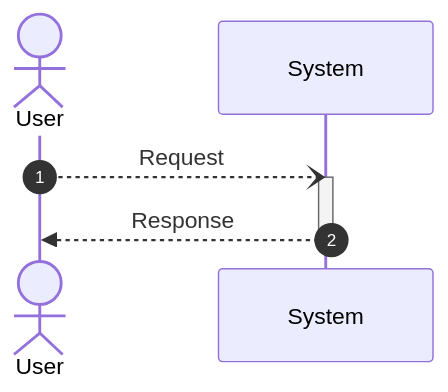
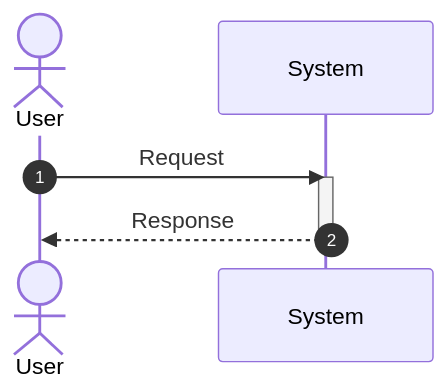
Before and after one commit to pingpm/mermaid_vault: the diagram in mmd/123_f8792784-3ef7-44c7-a0e8-3f20bc3450e7.mmd, drawn with Mermaid. The commit also changed 3 other files, not shown here.

Commit message:
Sync Mermaid Studio data (24 diagrams)

```diff
--- a/mmd/123_f8792784-3ef7-44c7-a0e8-3f20bc3450e7.mmd
+++ b/mmd/123_f8792784-3ef7-44c7-a0e8-3f20bc3450e7.mmd
@@ -1,8 +1,8 @@
 sequenceDiagram
   autonumber
   actor p0 as User
   participant p1 as System
-  p0--)p1: Request
+  p0->>p1: Request
   activate p1
   p1-->>p0: Response
   deactivate p1
```
